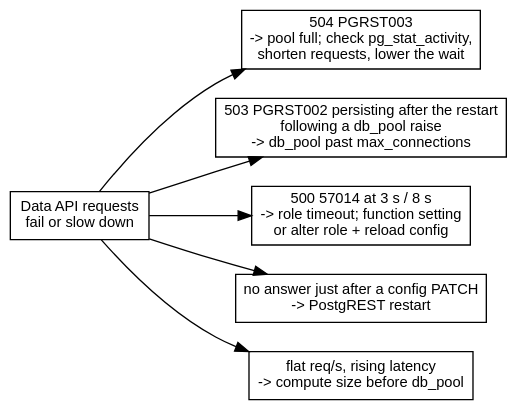
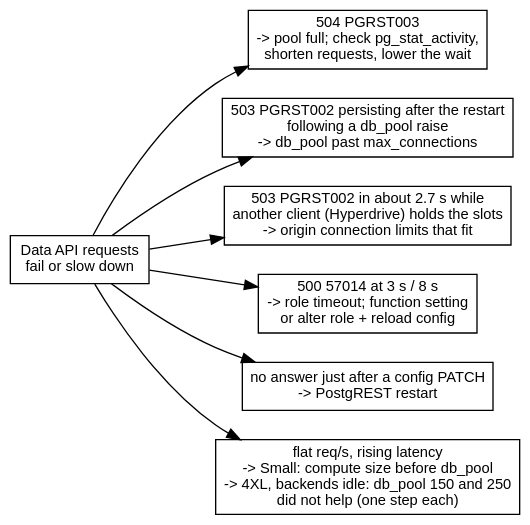
The second of 2 diagrams in src/content/docs/reference/supabase-data-api-capacity.mdx (erfianugrah/lexicanum), drawn with Graphviz before and after one commit. The commit also changed other lines of this file, not shown here.

````diff
--- a/src/content/docs/reference/supabase-data-api-capacity.mdx
+++ b/src/content/docs/reference/supabase-data-api-capacity.mdx
@@ -356,17 +400,18 @@
 ```dot
 digraph {
   rankdir=LR; bgcolor="transparent"; nodesep=0.3; ranksep=0.7;
   fontname="Helvetica,Arial,sans-serif";
   node [fontname="Helvetica,Arial,sans-serif", fontsize=11, shape=box];
   edge [fontname="Helvetica,Arial,sans-serif", fontsize=9];
 
   s [label="Data API requests\nfail or slow down"];
   p3 [label="504 PGRST003\n-> pool full; check pg_stat_activity,\nshorten requests, lower the wait"];
   p2 [label="503 PGRST002 persisting after the restart\nfollowing a db_pool raise\n-> db_pool past max_connections"];
+  h [label="503 PGRST002 in about 2.7 s while\nanother client (Hyperdrive) holds the slots\n-> origin connection limits that fit"];
   t [label="500 57014 at 3 s / 8 s\n-> role timeout; function setting\nor alter role + reload config"];
   r [label="no answer just after a config PATCH\n-> PostgREST restart"];
-  c [label="flat req/s, rising latency\n-> compute size before db_pool"];
+  c [label="flat req/s, rising latency\n-> Small: compute size before db_pool\n-> 4XL, backends idle: db_pool 150 and 250\ndid not help (one step each)"];
 
-  s -> p3; s -> p2; s -> t; s -> r; s -> c;
+  s -> p3; s -> p2; s -> h; s -> t; s -> r; s -> c;
 }
 ```
````
